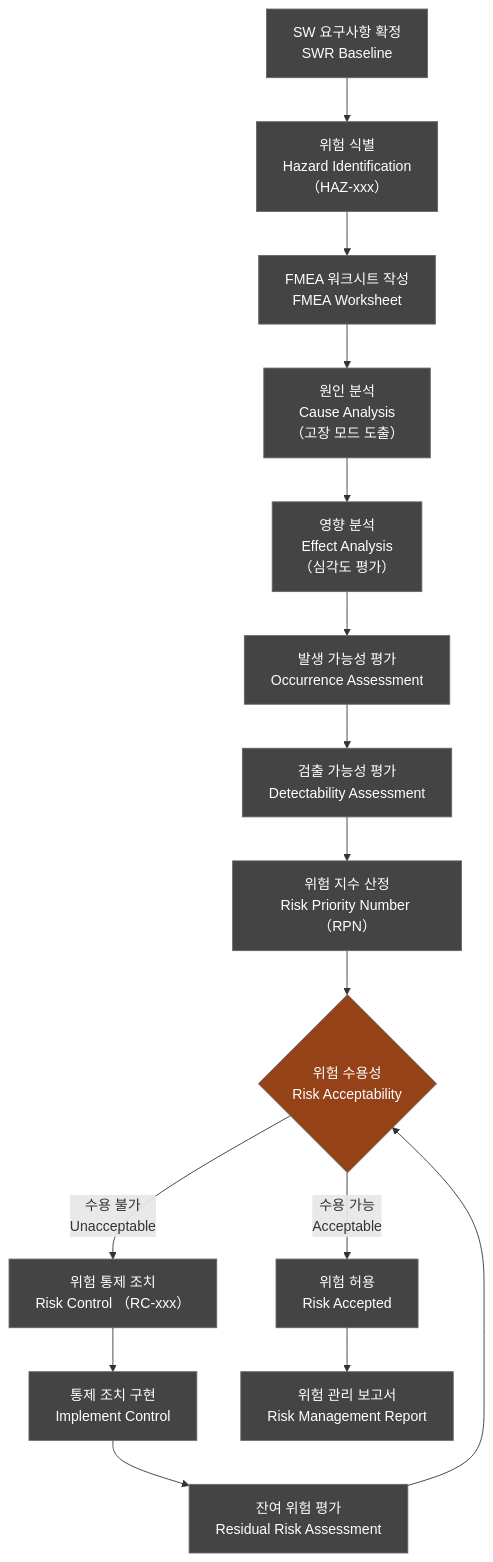
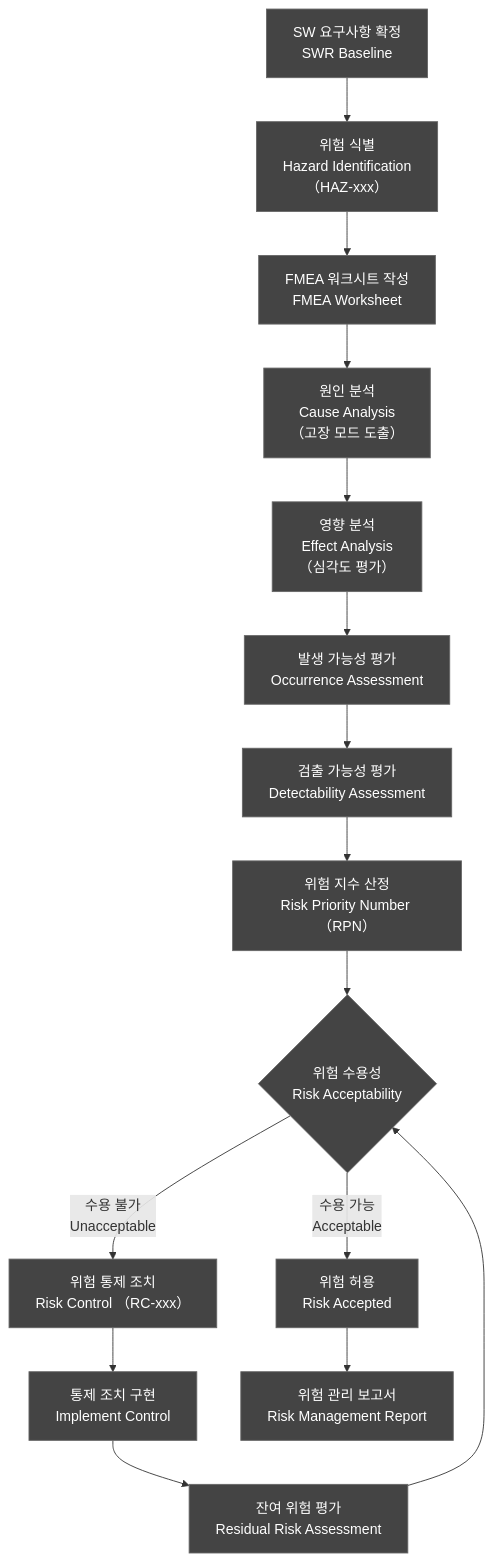
The tenth of 15 diagrams in docs/management/DOC-003a_SW_Development_Procedure_v1.0.md (holee9/console-gui), drawn with Mermaid before and after one commit. The commit also changed other lines of this file and 35 other files, not shown here.

First line of the commit message:
fix: 전체 Mermaid 차트 색상 진한 회색 통일

````diff
--- a/docs/management/DOC-003a_SW_Development_Procedure_v1.0.md
+++ b/docs/management/DOC-003a_SW_Development_Procedure_v1.0.md
@@ -1033,20 +1033,20 @@
 ```mermaid
 flowchart TD
     classDef default fill:#444,stroke:#666,color:#fff
     A["SW 요구사항 확정\nSWR Baseline"] --> B["위험 식별\nHazard Identification\n（HAZ-xxx）"]
     B --> C["FMEA 워크시트 작성\nFMEA Worksheet"]
     C --> D["원인 분석\nCause Analysis\n（고장 모드 도출）"]
     D --> E["영향 분석\nEffect Analysis\n（심각도 평가）"]
     E --> F["발생 가능성 평가\nOccurrence Assessment"]
     F --> G["검출 가능성 평가\nDetectability Assessment"]
     G --> H["위험 지수 산정\nRisk Priority Number （RPN）"]
     H --> I{위험 수용성\nRisk Acceptability}
     I -->|"수용 불가\nUnacceptable"| J["위험 통제 조치\nRisk Control （RC-xxx）"]
     J --> K["통제 조치 구현\nImplement Control"]
     K --> L["잔여 위험 평가\nResidual Risk Assessment"]
     L --> I
     I -->|"수용 가능\nAcceptable"| M["위험 허용\nRisk Accepted"]
     M --> N["위험 관리 보고서\nRisk Management Report"]
 
-    style I fill:#964219,color:#fff
+    style I fill:#444,color:#fff
 ```
````
